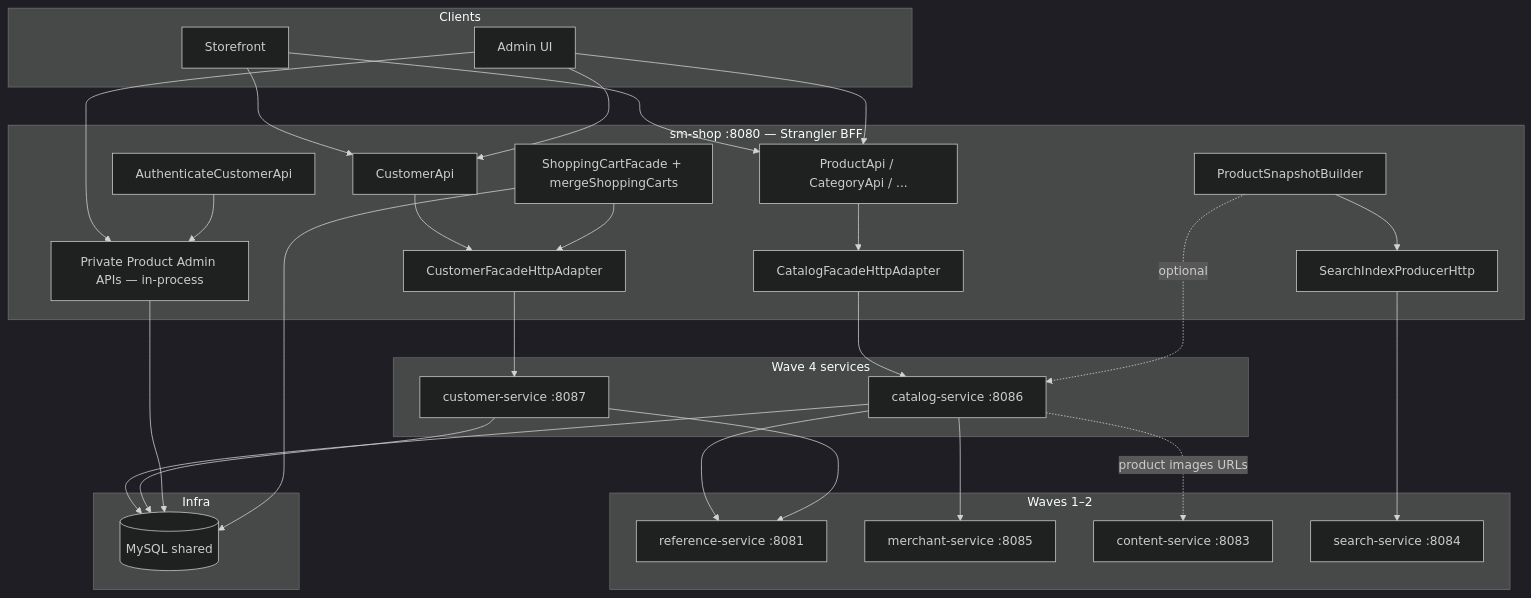
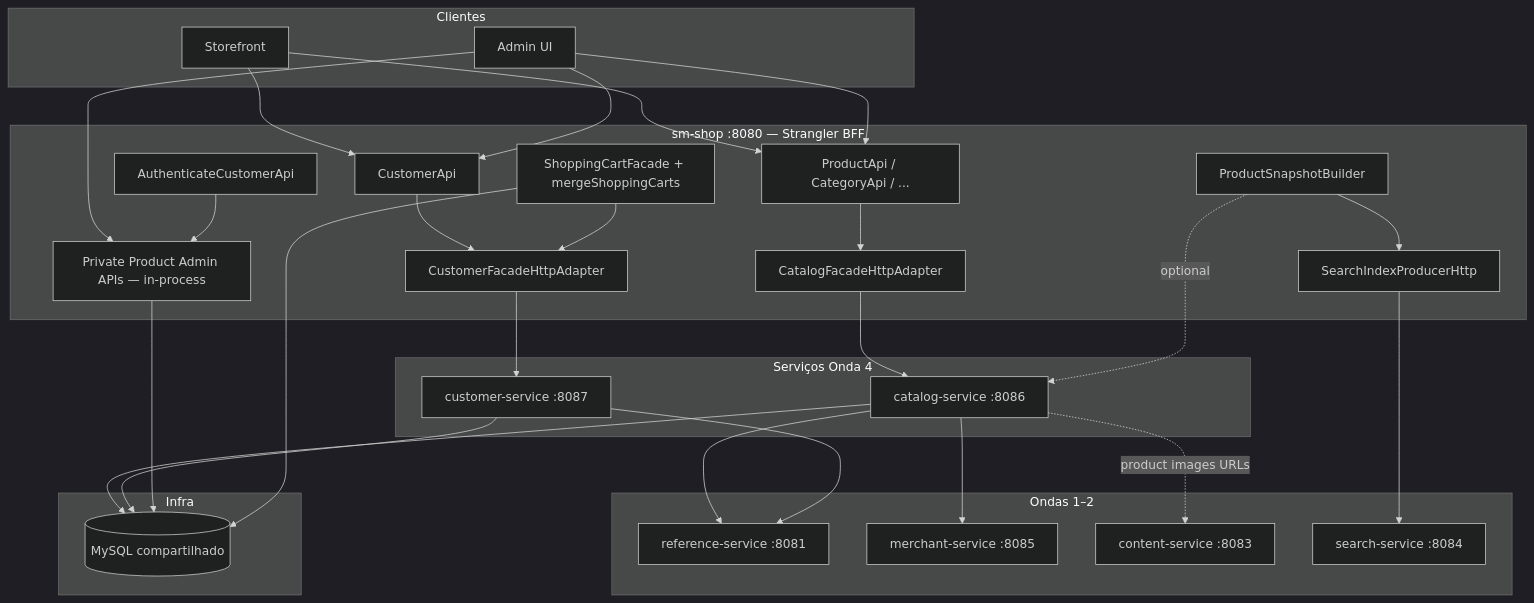
The first of 3 diagrams in .specs/features/onda-4-catalog-customer/design.md (vicentepf78/shopizer-refactoring), drawn with Mermaid (dark theme) before and after one commit. The commit also changed other lines of this file and 154 other files, not shown here.

````diff
--- a/.specs/features/onda-4-catalog-customer/design.md
+++ b/.specs/features/onda-4-catalog-customer/design.md
@@ -14,56 +14,56 @@
 ```mermaid
 flowchart TB
-    subgraph clients [Clients]
+    subgraph clients [Clientes]
         STOREFRONT[Storefront]
         ADMIN[Admin UI]
     end
 
     subgraph monolith [sm-shop :8080 — Strangler BFF]
         PROD_API[ProductApi / CategoryApi / ...]
         CUST_API[CustomerApi]
         AUTH[AuthenticateCustomerApi]
         ADAPT_CAT[CatalogFacadeHttpAdapter]
         ADAPT_CUS[CustomerFacadeHttpAdapter]
         MERGE[ShoppingCartFacade + mergeShoppingCarts]
         BUILDER[ProductSnapshotBuilder]
         PRODUCER[SearchIndexProducerHttp]
         WRITES[Private Product Admin APIs — in-process]
     end
 
-    subgraph wave4 [Wave 4 services]
+    subgraph wave4 [Serviços Onda 4]
         CAT[catalog-service :8086]
         CUS[customer-service :8087]
     end
 
-    subgraph prior [Waves 1–2]
+    subgraph prior [Ondas 1–2]
         REF[reference-service :8081]
         MCH[merchant-service :8085]
         CNT[content-service :8083]
         SRCH[search-service :8084]
     end
 
     subgraph infra [Infra]
-        DB[(MySQL shared)]
+        DB[(MySQL compartilhado)]
     end
 
     STOREFRONT --> PROD_API & CUST_API
     ADMIN --> PROD_API & WRITES & CUST_API
 
     PROD_API --> ADAPT_CAT --> CAT
     CUST_API --> ADAPT_CUS --> CUS
     AUTH --> WRITES
 
     MERGE --> ADAPT_CUS
     BUILDER --> PRODUCER --> SRCH
     BUILDER -.->|optional| CAT
 
     CAT --> REF
     CAT --> MCH
     CAT --> DB
     CUS --> REF
     CUS --> DB
     WRITES --> DB
     MERGE --> DB
 
     CAT -.->|product images URLs| CNT
 ```
````
